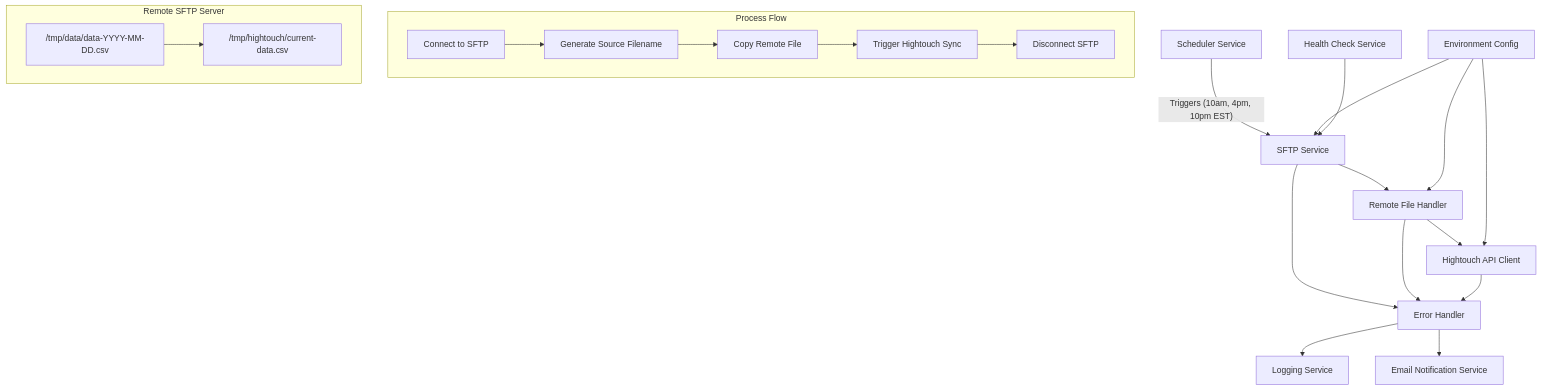
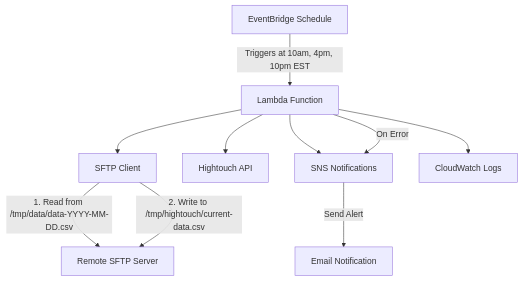
The diagram in prompts/architecture.mermaid (nolds9/sftp-hightouch-sync), drawn with Mermaid before and after one commit. The commit also changed 1 other file, not shown here.

Commit message:
Simplified architecture

```diff
--- a/prompts/architecture.mermaid
+++ b/prompts/architecture.mermaid
@@ -1,33 +1,19 @@
 graph TD
     %% Core Components
-    A[Scheduler Service] -->|"Triggers (10am, 4pm, 10pm EST)"| B[SFTP Service]
-    B --> C[Remote File Handler]
-    C --> D[Hightouch API Client]
+    A[EventBridge Schedule] -->|"Triggers at 10am, 4pm, 10pm EST"| B[Lambda Function]
     
-    %% Error Handling & Logging
-    B --> E[Error Handler]
-    C --> E
-    D --> E
-    E --> F[Logging Service]
-    E --> N[Email Notification Service]
+    %% Main Process
+    B --> C[SFTP Client]
+    C -->|"1. Read from /tmp/data/data-YYYY-MM-DD.csv"| D[Remote SFTP Server]
+    C -->|"2. Write to /tmp/hightouch/current-data.csv"| D
     
-    %% Configuration Management
-    G[Environment Config] --> B
-    G --> C
-    G --> D
+    %% Additional Services
+    B --> E[Hightouch API]
+    B --> F[SNS Notifications]
     
-    %% Health Monitoring
-    H[Health Check Service] --> B
+    %% Monitoring
+    B --> G[CloudWatch Logs]
     
-    %% Detailed Process Flow
-    subgraph Process Flow
-        I[Connect to SFTP] --> J[Generate Source Filename]
-        J --> K[Copy Remote File]
-        K --> L[Trigger Hightouch Sync]
-        L --> M[Disconnect SFTP]
-    end
-
-    %% File Paths
-    subgraph Remote SFTP Server
-        O["/tmp/data/data-YYYY-MM-DD.csv"] --> P["/tmp/hightouch/current-data.csv"]
-    end
+    %% Error Path
+    B -->|"On Error"| F
+    F -->|"Send Alert"| H[Email Notification]
```
